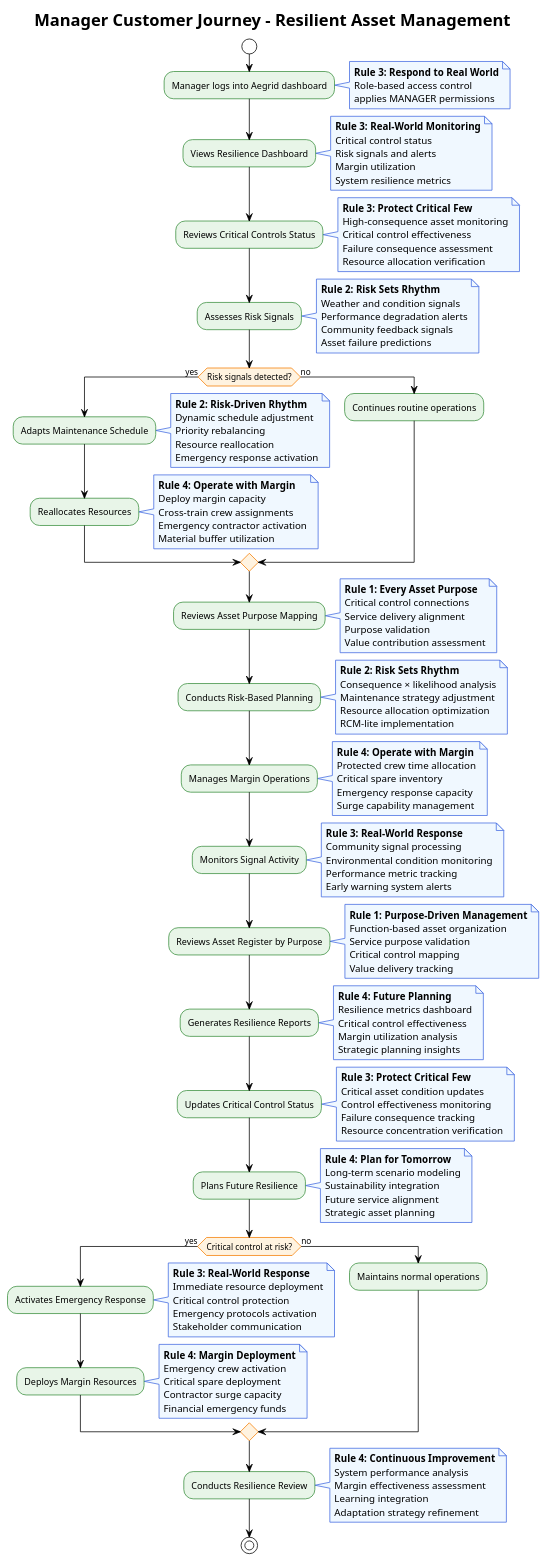
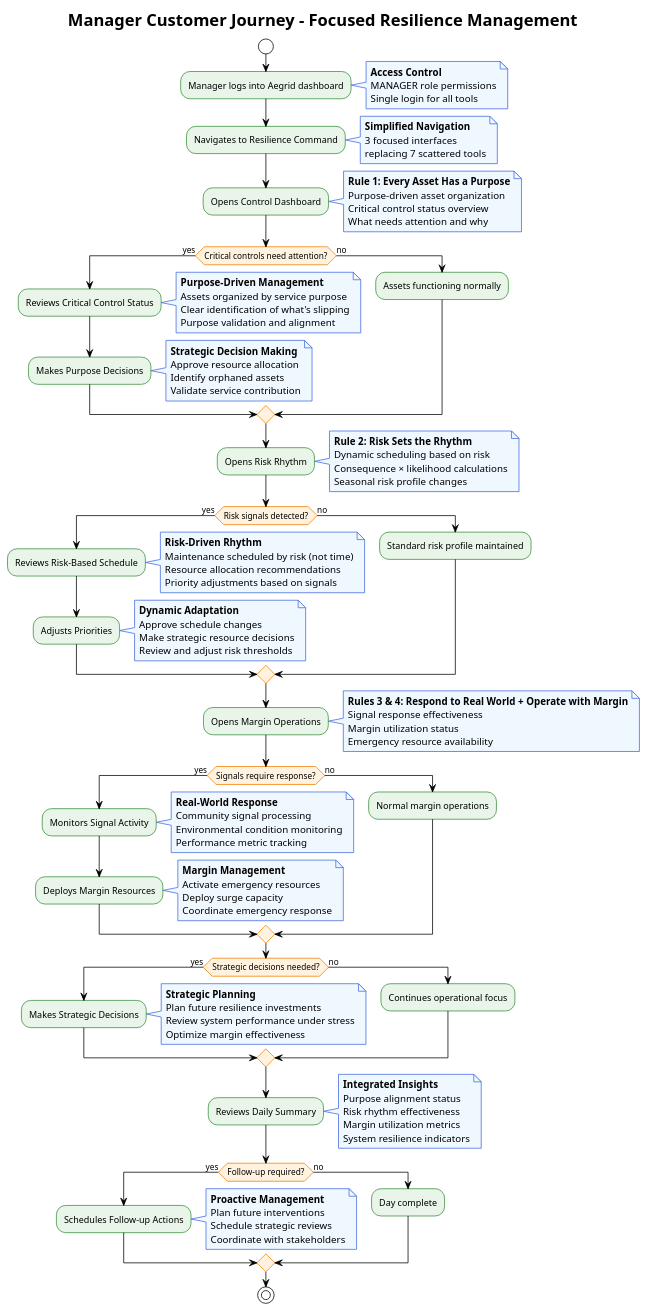
The diagram in docs/architecture/customer-journeys/manager-journey.puml (Duds/CouncilWorks), drawn with PlantUML before and after one commit. The commit also changed 189 other files, not shown here.

First line of the commit message:
feat: PI4 completion and PI5 planning with UTS demo feedback integration

```diff
--- a/docs/architecture/customer-journeys/manager-journey.puml
+++ b/docs/architecture/customer-journeys/manager-journey.puml
@@ -1,83 +1,85 @@
-@startuml Manager Customer Journey - Resilient Asset Management
+@startuml Manager Customer Journey - Focused Resilience Management
 !theme plain
 skinparam backgroundColor #FFFFFF
 skinparam activity {
   BackgroundColor #E8F5E8
   BorderColor #388E3C
   FontColor #000000
 }
 skinparam activityDiamond {
   BackgroundColor #FFF3E0
   BorderColor #F57C00
   FontColor #000000
 }
 skinparam note {
   BackgroundColor #F0F8FF
   BorderColor #4169E1
   FontColor #000000
 }
 
-title Manager Customer Journey - Resilient Asset Management
+title Manager Customer Journey - Focused Resilience Management
 
 start
 
 :Manager logs into Aegrid dashboard;
-note right: **Rule 3: Respond to Real World**\nRole-based access control\napplies MANAGER permissions
+note right: **Access Control**\nMANAGER role permissions\nSingle login for all tools
 
-:Views Resilience Dashboard;
-note right: **Rule 3: Real-World Monitoring**\nCritical control status\nRisk signals and alerts\nMargin utilization\nSystem resilience metrics
+:Navigates to Resilience Command;
+note right: **Simplified Navigation**\n3 focused interfaces\nreplacing 7 scattered tools
 
-:Reviews Critical Controls Status;
-note right: **Rule 3: Protect Critical Few**\nHigh-consequence asset monitoring\nCritical control effectiveness\nFailure consequence assessment\nResource allocation verification
+:Opens Control Dashboard;
+note right: **Rule 1: Every Asset Has a Purpose**\nPurpose-driven asset organization\nCritical control status overview\nWhat needs attention and why
 
-:Assesses Risk Signals;
-note right: **Rule 2: Risk Sets Rhythm**\nWeather and condition signals\nPerformance degradation alerts\nCommunity feedback signals\nAsset failure predictions
+if (Critical controls need attention?) then (yes)
+  :Reviews Critical Control Status;
+  note right: **Purpose-Driven Management**\nAssets organized by service purpose\nClear identification of what's slipping\nPurpose validation and alignment
+  :Makes Purpose Decisions;
+  note right: **Strategic Decision Making**\nApprove resource allocation\nIdentify orphaned assets\nValidate service contribution
+else (no)
+  :Assets functioning normally;
+endif
+
+:Opens Risk Rhythm;
+note right: **Rule 2: Risk Sets the Rhythm**\nDynamic scheduling based on risk\nConsequence × likelihood calculations\nSeasonal risk profile changes
 
 if (Risk signals detected?) then (yes)
-  :Adapts Maintenance Schedule;
-  note right: **Rule 2: Risk-Driven Rhythm**\nDynamic schedule adjustment\nPriority rebalancing\nResource reallocation\nEmergency response activation
-  :Reallocates Resources;
-  note right: **Rule 4: Operate with Margin**\nDeploy margin capacity\nCross-train crew assignments\nEmergency contractor activation\nMaterial buffer utilization
+  :Reviews Risk-Based Schedule;
+  note right: **Risk-Driven Rhythm**\nMaintenance scheduled by risk (not time)\nResource allocation recommendations\nPriority adjustments based on signals
+  :Adjusts Priorities;
+  note right: **Dynamic Adaptation**\nApprove schedule changes\nMake strategic resource decisions\nReview and adjust risk thresholds
 else (no)
-  :Continues routine operations;
+  :Standard risk profile maintained;
 endif
 
-:Reviews Asset Purpose Mapping;
-note right: **Rule 1: Every Asset Purpose**\nCritical control connections\nService delivery alignment\nPurpose validation\nValue contribution assessment
+:Opens Margin Operations;
+note right: **Rules 3 & 4: Respond to Real World + Operate with Margin**\nSignal response effectiveness\nMargin utilization status\nEmergency resource availability
 
-:Conducts Risk-Based Planning;
-note right: **Rule 2: Risk Sets Rhythm**\nConsequence × likelihood analysis\nMaintenance strategy adjustment\nResource allocation optimization\nRCM-lite implementation
-
-:Manages Margin Operations;
-note right: **Rule 4: Operate with Margin**\nProtected crew time allocation\nCritical spare inventory\nEmergency response capacity\nSurge capability management
-
-:Monitors Signal Activity;
-note right: **Rule 3: Real-World Response**\nCommunity signal processing\nEnvironmental condition monitoring\nPerformance metric tracking\nEarly warning system alerts
-
-:Reviews Asset Register by Purpose;
-note right: **Rule 1: Purpose-Driven Management**\nFunction-based asset organization\nService purpose validation\nCritical control mapping\nValue delivery tracking
-
-:Generates Resilience Reports;
-note right: **Rule 4: Future Planning**\nResilience metrics dashboard\nCritical control effectiveness\nMargin utilization analysis\nStrategic planning insights
-
-:Updates Critical Control Status;
-note right: **Rule 3: Protect Critical Few**\nCritical asset condition updates\nControl effectiveness monitoring\nFailure consequence tracking\nResource concentration verification
-
-:Plans Future Resilience;
-note right: **Rule 4: Plan for Tomorrow**\nLong-term scenario modeling\nSustainability integration\nFuture service alignment\nStrategic asset planning
-
-if (Critical control at risk?) then (yes)
-  :Activates Emergency Response;
-  note right: **Rule 3: Real-World Response**\nImmediate resource deployment\nCritical control protection\nEmergency protocols activation\nStakeholder communication
+if (Signals require response?) then (yes)
+  :Monitors Signal Activity;
+  note right: **Real-World Response**\nCommunity signal processing\nEnvironmental condition monitoring\nPerformance metric tracking
   :Deploys Margin Resources;
-  note right: **Rule 4: Margin Deployment**\nEmergency crew activation\nCritical spare deployment\nContractor surge capacity\nFinancial emergency funds
+  note right: **Margin Management**\nActivate emergency resources\nDeploy surge capacity\nCoordinate emergency response
 else (no)
-  :Maintains normal operations;
+  :Normal margin operations;
 endif
 
-:Conducts Resilience Review;
-note right: **Rule 4: Continuous Improvement**\nSystem performance analysis\nMargin effectiveness assessment\nLearning integration\nAdaptation strategy refinement
+if (Strategic decisions needed?) then (yes)
+  :Makes Strategic Decisions;
+  note right: **Strategic Planning**\nPlan future resilience investments\nReview system performance under stress\nOptimize margin effectiveness
+else (no)
+  :Continues operational focus;
+endif
+
+:Reviews Daily Summary;
+note right: **Integrated Insights**\nPurpose alignment status\nRisk rhythm effectiveness\nMargin utilization metrics\nSystem resilience indicators
+
+if (Follow-up required?) then (yes)
+  :Schedules Follow-up Actions;
+  note right: **Proactive Management**\nPlan future interventions\nSchedule strategic reviews\nCoordinate with stakeholders
+else (no)
+  :Day complete;
+endif
 
 stop
 
 @enduml
```
